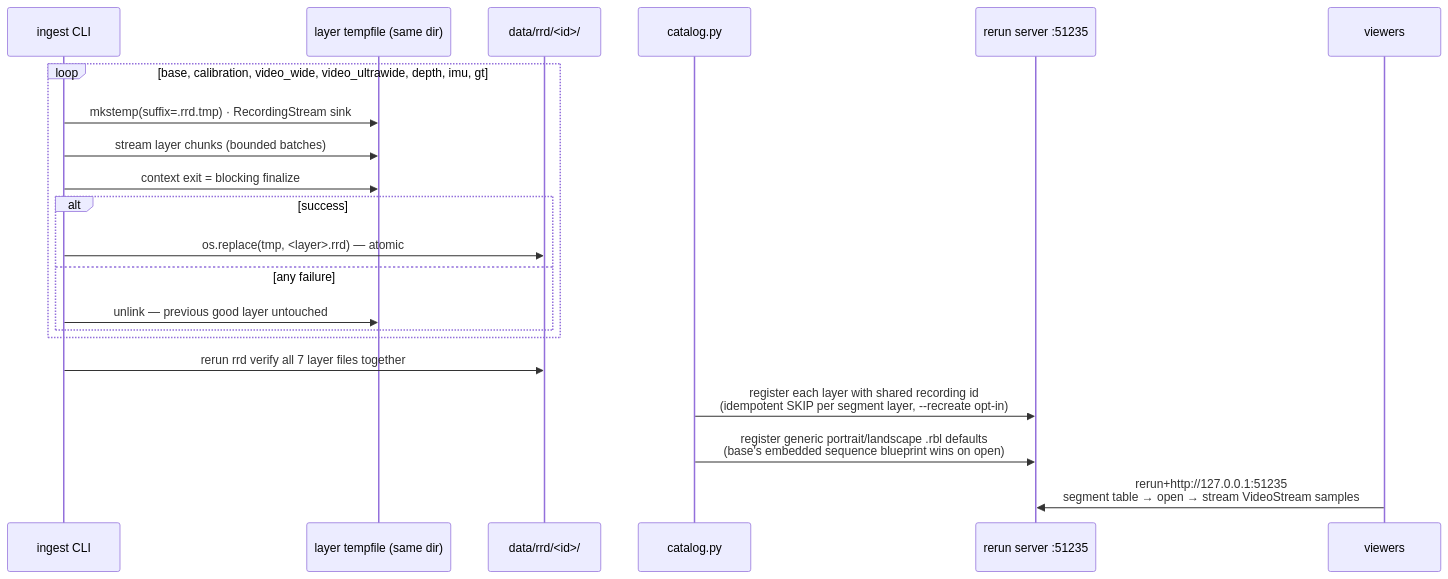
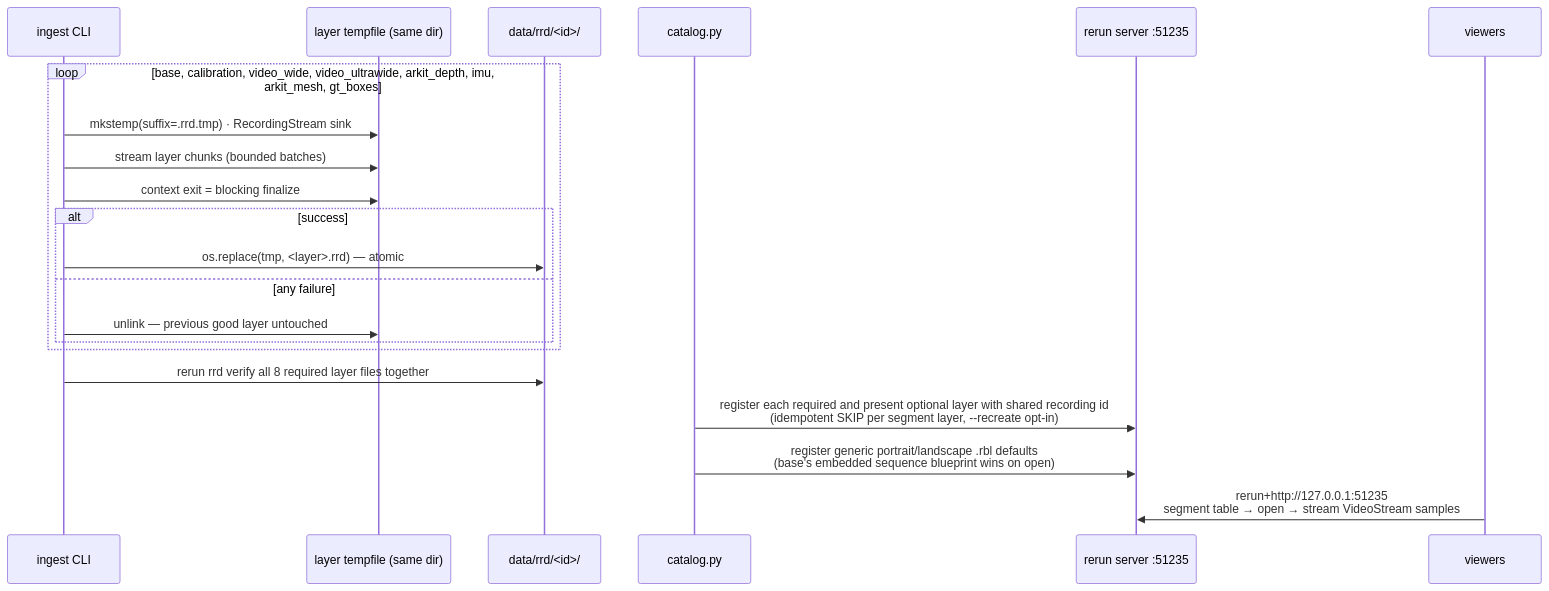
Before and after one commit to rerun-io/examples-monorepo: the fifth of 5 diagrams in packages/arkitscenes-download/docs/architecture.md, drawn with Mermaid. The commit also changed other lines of this file and 23 other files, not shown here.

````diff
--- a/packages/arkitscenes-download/docs/architecture.md
+++ b/packages/arkitscenes-download/docs/architecture.md
@@ -201,24 +203,24 @@
 ```mermaid
 sequenceDiagram
     participant CLI as ingest CLI
     participant TMP as layer tempfile (same dir)
     participant FS as data/rrd/<id>/
     participant CAT as catalog.py
     participant SRV as rerun server :51235
     participant V as viewers
 
-    loop base, calibration, video_wide, video_ultrawide, depth, imu, gt
+    loop base, calibration, video_wide, video_ultrawide, arkit_depth, imu, arkit_mesh, gt_boxes
         CLI->>TMP: mkstemp(suffix=.rrd.tmp) · RecordingStream sink
         CLI->>TMP: stream layer chunks (bounded batches)
         CLI->>TMP: context exit = blocking finalize
         alt success
             CLI->>FS: os.replace(tmp, <layer>.rrd) — atomic
         else any failure
             CLI->>TMP: unlink — previous good layer untouched
         end
     end
-    CLI->>FS: rerun rrd verify all 7 layer files together
-    CAT->>SRV: register each layer with shared recording id<br>(idempotent SKIP per segment layer, --recreate opt-in)
+    CLI->>FS: rerun rrd verify all 8 required layer files together
+    CAT->>SRV: register each required and present optional layer with shared recording id<br>(idempotent SKIP per segment layer, --recreate opt-in)
     CAT->>SRV: register generic portrait/landscape .rbl defaults<br>(base's embedded sequence blueprint wins on open)
     V->>SRV: rerun+http://127.0.0.1:51235<br>segment table → open → stream VideoStream samples
 ```
````
